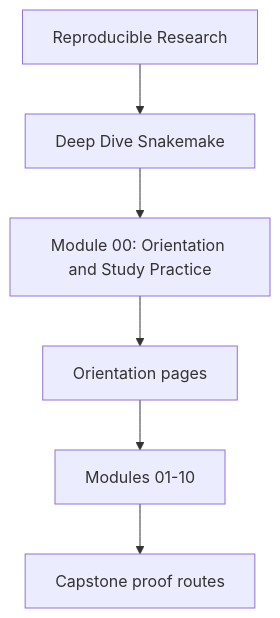
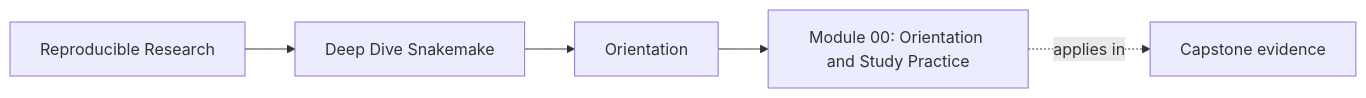
Before and after one commit to bijux/bijux-masterclass: the first of 2 diagrams in programs/reproducible-research/deep-dive-snakemake/course-book/module-00-orientation/index.md, drawn with Mermaid. The commit also changed other lines of this file and 149 other files, not shown here.

Commit message:
docs(deep-dive-snakemake): map workflow proof and operations surfaces

````diff
--- a/programs/reproducible-research/deep-dive-snakemake/course-book/module-00-orientation/index.md
+++ b/programs/reproducible-research/deep-dive-snakemake/course-book/module-00-orientation/index.md
@@ -6,8 +6,11 @@
 ```mermaid
-flowchart TD
-  family["Reproducible Research"] --> program["Deep Dive Snakemake"]
-  program --> module["Module 00: Orientation and Study Practice"]
-  module --> orientation["Orientation pages"]
-  orientation --> lessons["Modules 01-10"]
-  lessons --> capstone["Capstone proof routes"]
+graph LR
+  family["Reproducible Research"]
+  program["Deep Dive Snakemake"]
+  section["Orientation"]
+  page["Module 00: Orientation and Study Practice"]
+  capstone["Capstone evidence"]
+
+  family --> program --> section --> page
+  page -.applies in.-> capstone
 ```
````
